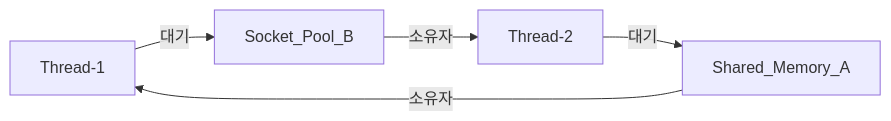
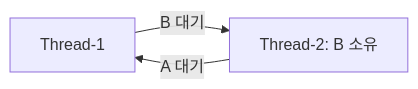
Before and after one commit to jwyssey/codyssey-basic-mission4-2: the diagram in EVALUATION.md, drawn with Mermaid. The commit also changed other lines of this file, not shown here.

Commit message:
Refine evaluation answers and document Docker flow

````diff
--- a/EVALUATION.md
+++ b/EVALUATION.md
@@ -296,7 +225,5 @@
 ```mermaid
 flowchart LR
-    T1[Thread-1] -->|대기| B[Socket_Pool_B]
-    B -->|소유자| T2[Thread-2]
-    T2 -->|대기| A[Shared_Memory_A]
-    A -->|소유자| T1
+    T1[Thread-1] -->|B 대기| T2[Thread-2: B 소유]
+    T2 -->|A 대기| T1
 ```
````
